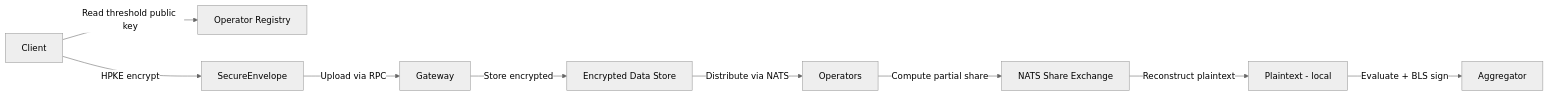
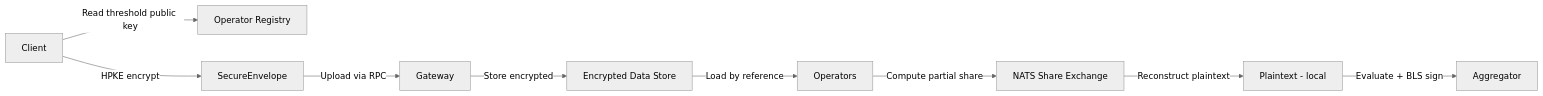
The second of 2 diagrams in site/src/pages/whitepaper/privacy-architecture.mdx (newt-foundation/newton-sdk), drawn with Mermaid (neutral theme) before and after one commit. The commit also changed other lines of this file and 1 other file, not shown here.

````diff
--- a/site/src/pages/whitepaper/privacy-architecture.mdx
+++ b/site/src/pages/whitepaper/privacy-architecture.mdx
@@ -112,11 +98,11 @@
 ```mermaid
 flowchart LR
     C[Client] -->|Read threshold public key| REG[Operator Registry]
     C -->|HPKE encrypt| E[SecureEnvelope]
     E -->|Upload via RPC| GW[Gateway]
     GW -->|Store encrypted| DB[Encrypted Data Store]
-    DB -->|Distribute via NATS| OP[Operators]
+    DB -->|Load by reference| OP[Operators]
     OP -->|Compute partial share| NATS[NATS Share Exchange]
     NATS -->|Reconstruct plaintext| PD[Plaintext - local]
     PD -->|Evaluate + BLS sign| AGG[Aggregator]
 ```
````
